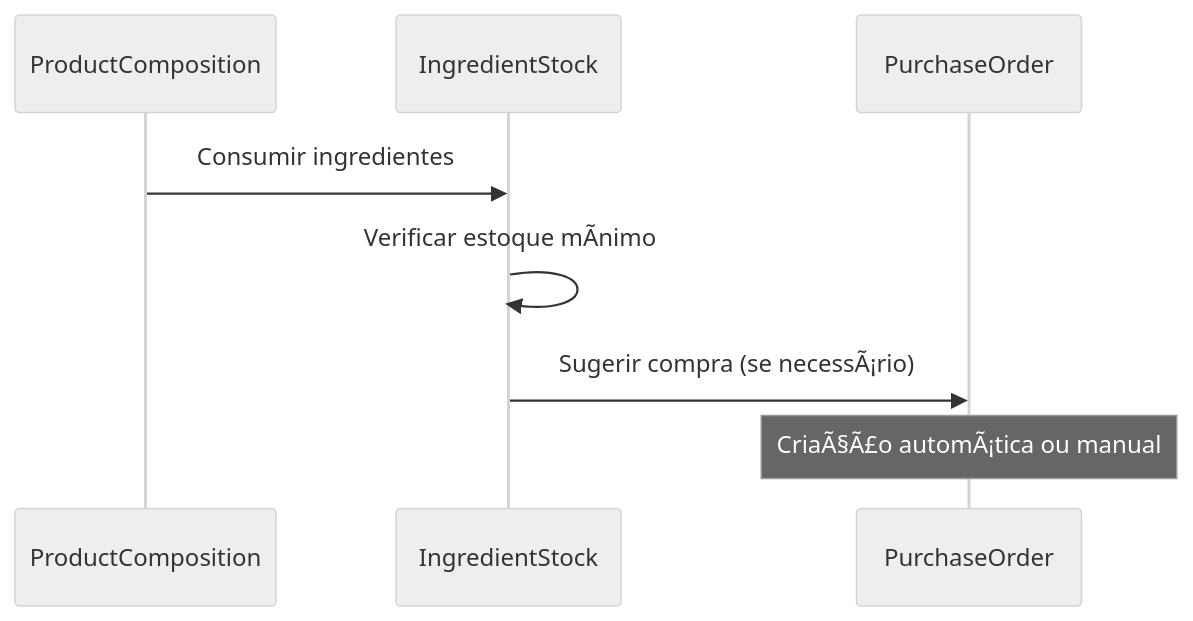
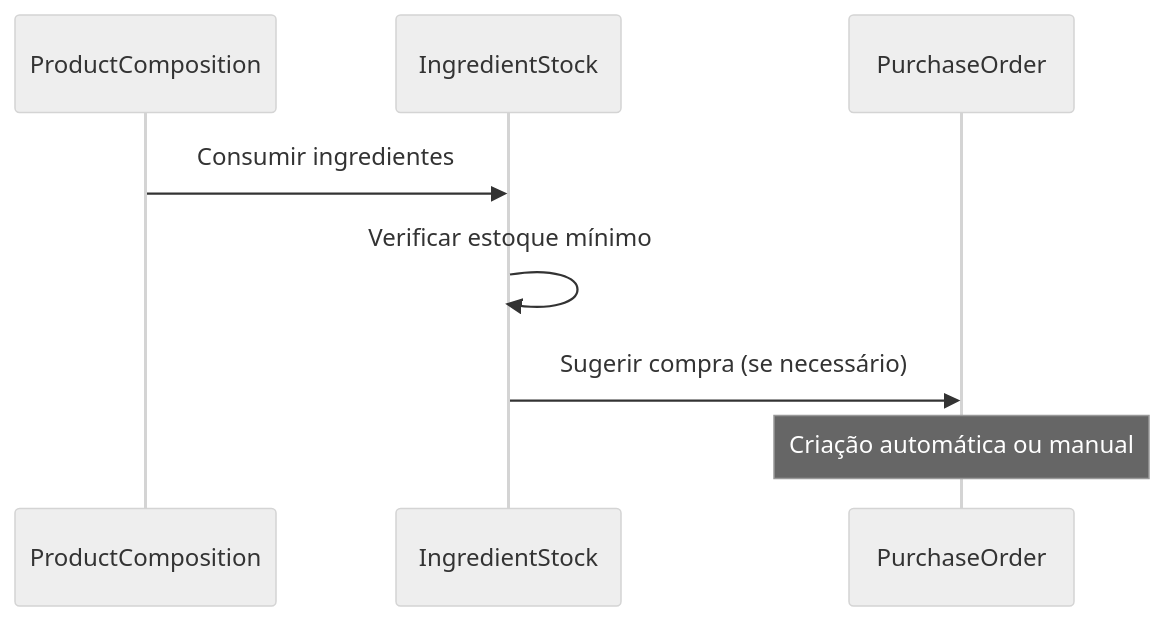
The fifth of 7 diagrams in GesN.Web/Context/DOMAIN CONTEXTS/DOMAIN_GUIDE.md (igor-spalenza/GesN), drawn with Mermaid (neutral theme) before and after one commit. The commit also changed other lines of this file and 10 other files, not shown here.

````diff
--- a/GesN.Web/Context/DOMAIN CONTEXTS/DOMAIN_GUIDE.md
+++ b/GesN.Web/Context/DOMAIN CONTEXTS/DOMAIN_GUIDE.md
@@ -1235,11 +1235,11 @@
 ```mermaid
 sequenceDiagram
     participant PC as ProductComposition
     participant IS as IngredientStock
     participant PO as PurchaseOrder
     
     PC->>IS: Consumir ingredientes
-    IS->>IS: Verificar estoque mÃ­nimo
-    IS->>PO: Sugerir compra (se necessÃ¡rio)
-    Note over PO: CriaÃ§Ã£o automÃ¡tica ou manual
+    IS->>IS: Verificar estoque mínimo
+    IS->>PO: Sugerir compra (se necessário)
+    Note over PO: Criação automática ou manual
 ```
````
